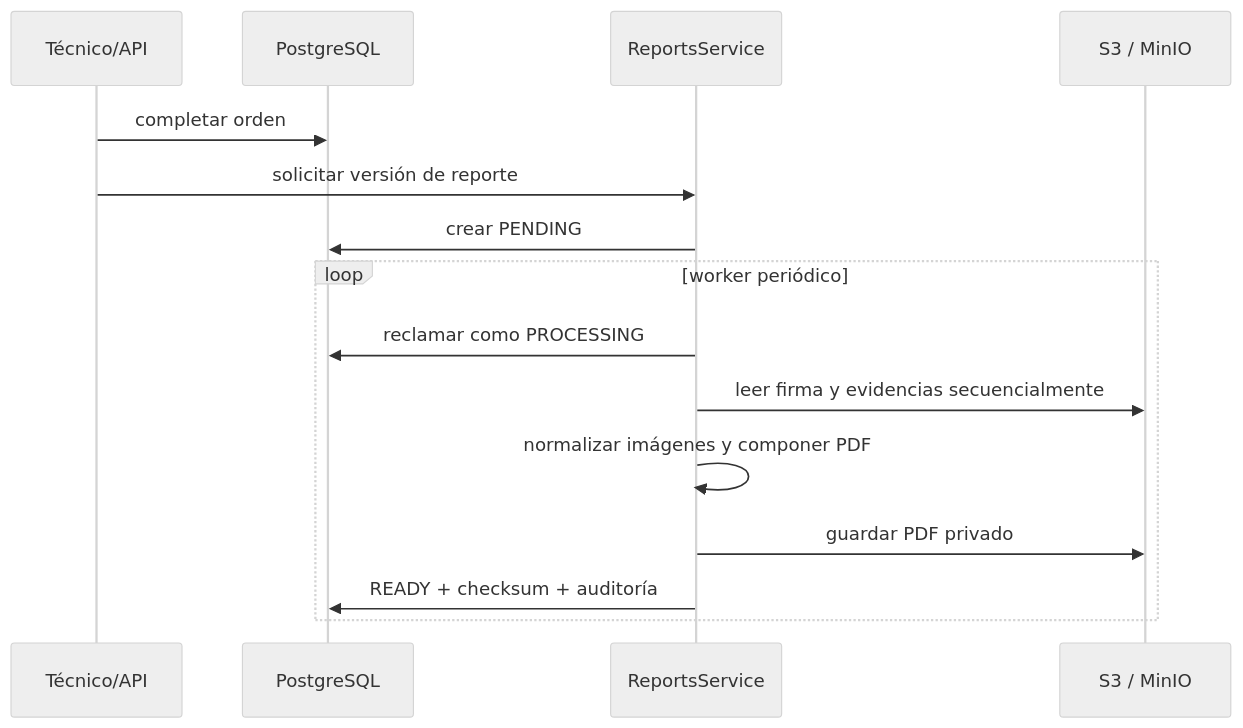
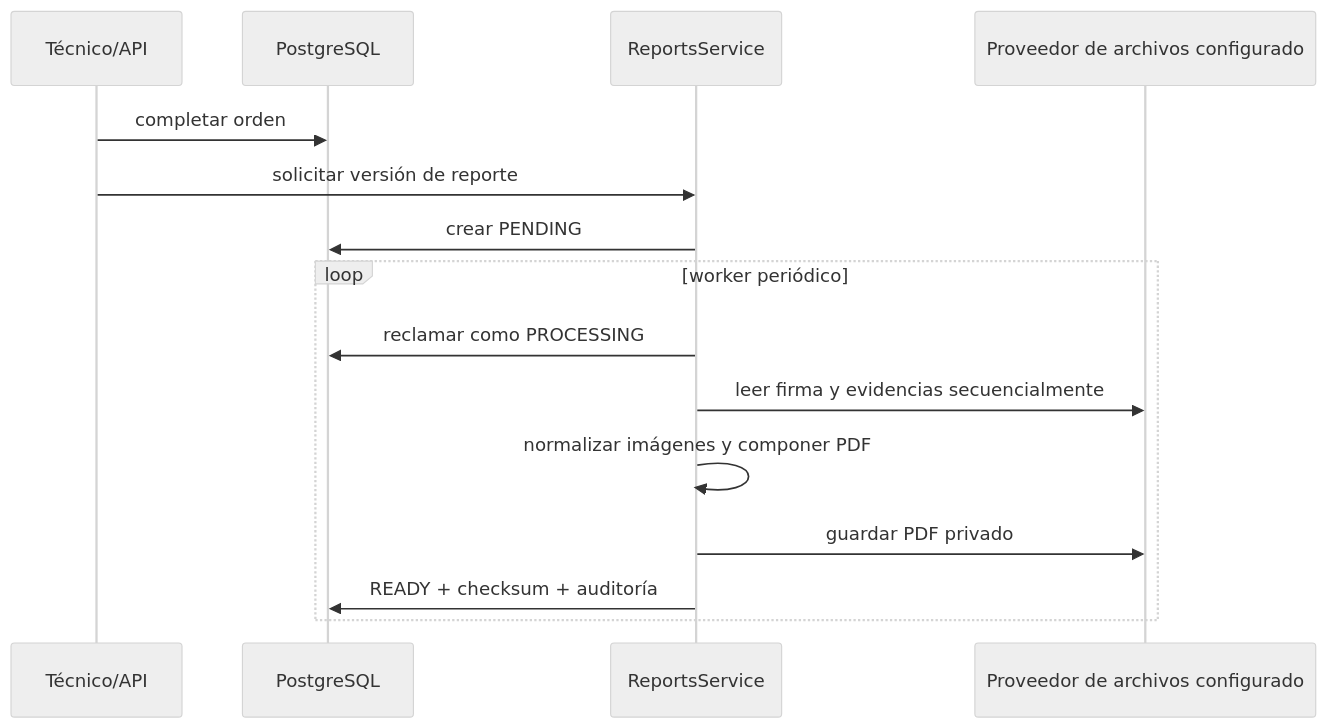
Before and after one commit to luistorres-idt/puk: the fourth of 4 diagrams in docs/technical/backend-and-flows.md, drawn with Mermaid (neutral theme). The commit also changed other lines of this file and 14 other files, not shown here.

````diff
--- a/docs/technical/backend-and-flows.md
+++ b/docs/technical/backend-and-flows.md
@@ -127,18 +133,18 @@
 ```mermaid
 sequenceDiagram
     participant T as Técnico/API
     participant DB as PostgreSQL
     participant RW as ReportsService
-    participant S3 as S3 / MinIO
+    participant Storage as Proveedor de archivos configurado
 
     T->>DB: completar orden
     T->>RW: solicitar versión de reporte
     RW->>DB: crear PENDING
     loop worker periódico
         RW->>DB: reclamar como PROCESSING
-        RW->>S3: leer firma y evidencias secuencialmente
+        RW->>Storage: leer firma y evidencias secuencialmente
         RW->>RW: normalizar imágenes y componer PDF
-        RW->>S3: guardar PDF privado
+        RW->>Storage: guardar PDF privado
         RW->>DB: READY + checksum + auditoría
     end
 ```
````
